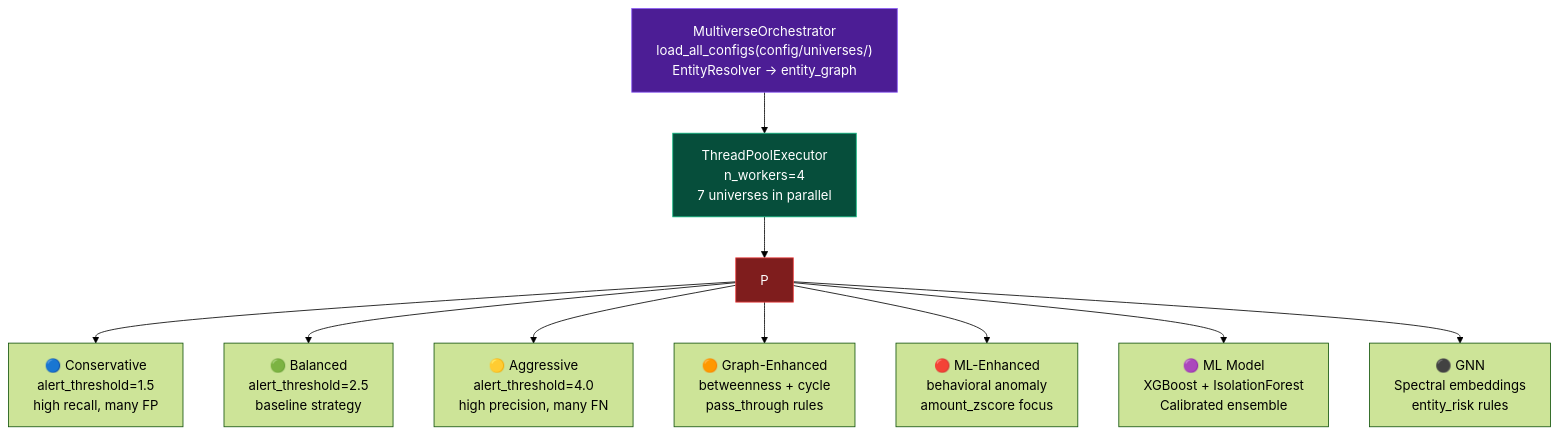
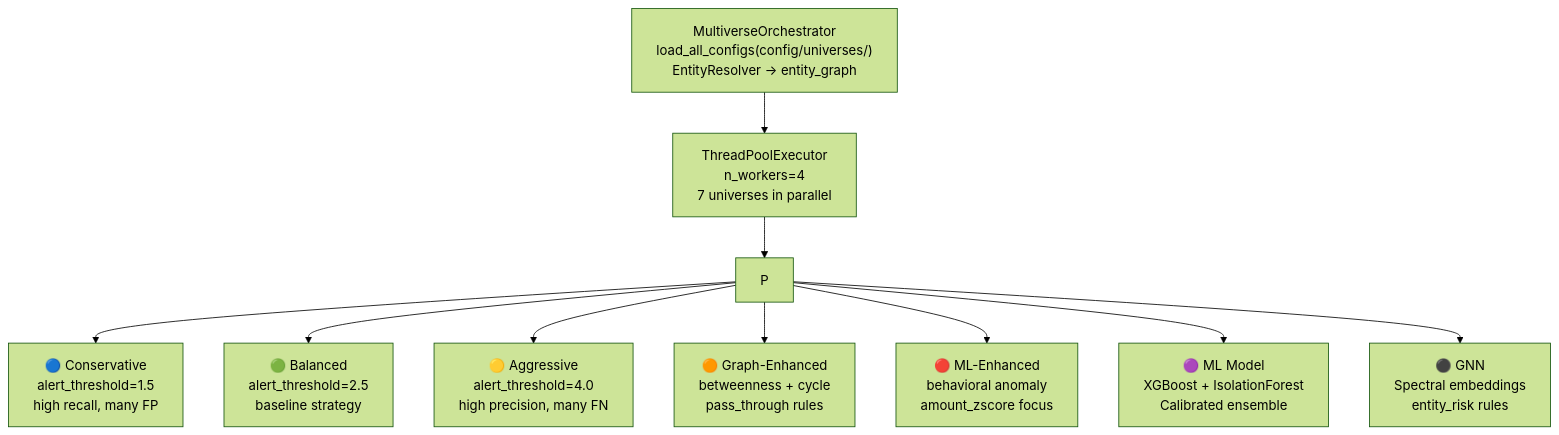
One commit to gregorizeidler/AML-multiverse-simulator changed the sixth of 23 diagrams in README.md. Above: the diagram before and after it, drawn with Mermaid (forest theme). The commit also changed other lines of this file, not shown here.

Commit message:
fix: remove all custom mermaid style directives incompatible with GitHub renderer

````diff
--- a/README.md
+++ b/README.md
@@ -699,16 +667,13 @@
 ```mermaid
 flowchart TD
-    style O fill:#4c1d95,stroke:#8b5cf6,color:#fff
-    style ER fill:#064e3b,stroke:#10b981,color:#fff
-    style P fill:#7f1d1d,stroke:#ef4444,color:#fff
 
     O["MultiverseOrchestrator\nload_all_configs(config/universes/)\nEntityResolver → entity_graph"] --> ER
     ER["ThreadPoolExecutor\nn_workers=4\n7 universes in parallel"] --> P
     P --> U1["🔵 Conservative\nalert_threshold=1.5\nhigh recall, many FP"]
     P --> U2["🟢 Balanced\nalert_threshold=2.5\nbaseline strategy"]
     P --> U3["🟡 Aggressive\nalert_threshold=4.0\nhigh precision, many FN"]
     P --> U4["🟠 Graph-Enhanced\nbetweenness + cycle\npass_through rules"]
     P --> U5["🔴 ML-Enhanced\nbehavioral anomaly\namount_zscore focus"]
     P --> U6["🟣 ML Model\nXGBoost + IsolationForest\nCalibrated ensemble"]
     P --> U7["⚫ GNN\nSpectral embeddings\nentity_risk rules"]
 ```
````
